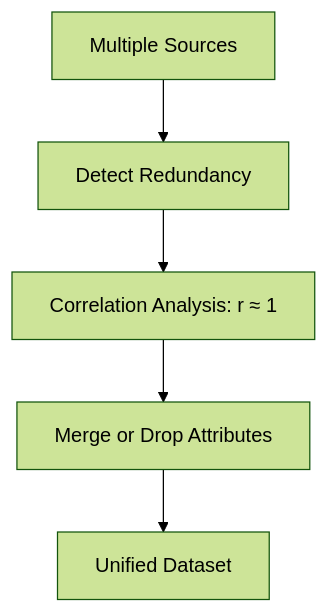
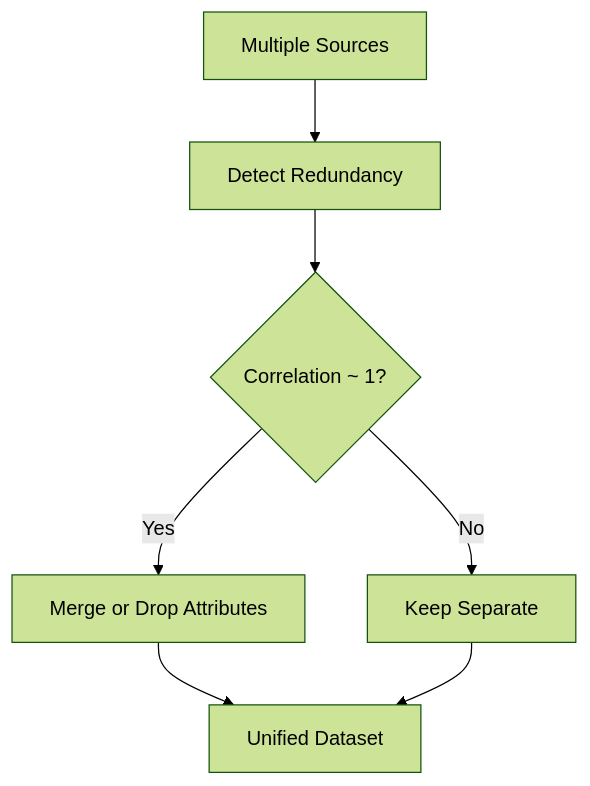
One commit to SilverShadowHeart/2-1 changed the sixth of 10 diagrams in 24AD2102-DATA SCIENCE AND VISUALIZATION/dsv summary overview/CO2/DSV NOTES CO2 1 1.md. Above: the diagram before and after it, drawn with Mermaid (forest theme). The commit also changed other lines of this file, not shown here.

````diff
--- a/24AD2102-DATA SCIENCE AND VISUALIZATION/dsv summary overview/CO2/DSV NOTES CO2 1 1.md
+++ b/24AD2102-DATA SCIENCE AND VISUALIZATION/dsv summary overview/CO2/DSV NOTES CO2 1 1.md
@@ -1828,7 +2030,9 @@
 ```mermaid
 flowchart TD
     A[Multiple Sources] --> B[Detect Redundancy]
-    B --> C[Correlation Analysis: r ≈ 1]
-    C --> D[Merge or Drop Attributes]
-    D --> E[Unified Dataset]
+    B --> C{Correlation ~ 1?}
+    C -->|Yes| D[Merge or Drop Attributes]
+    C -->|No| E[Keep Separate]
+    D --> F[Unified Dataset]
+    E --> F
 ```
````
